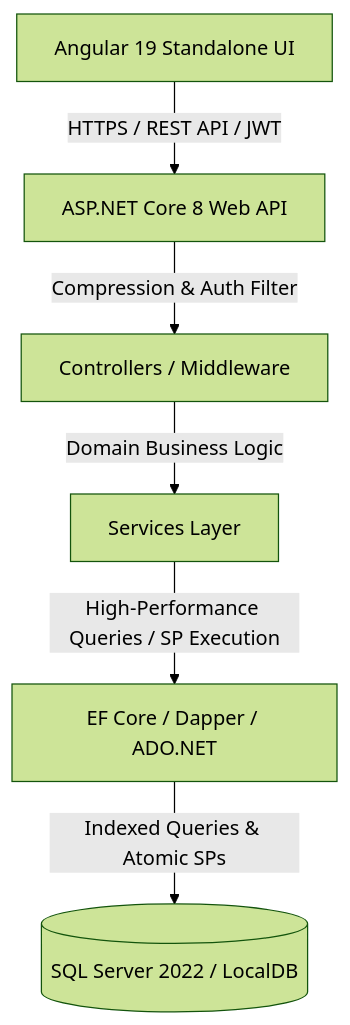
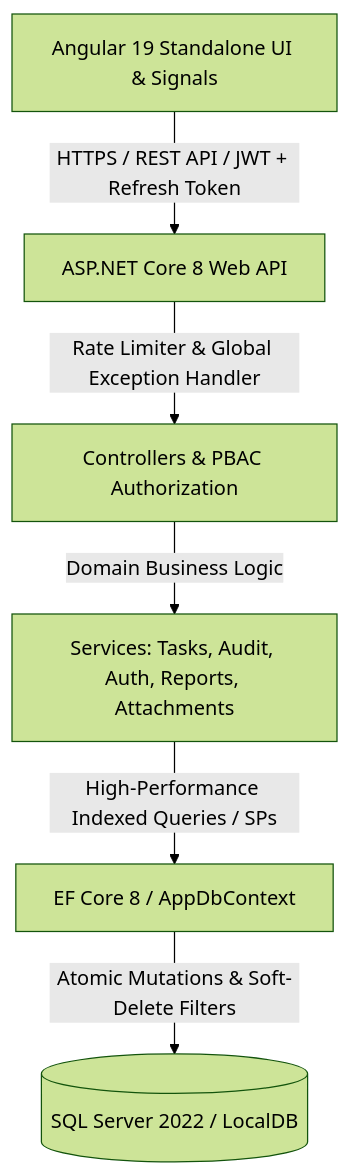
The diagram in README.md (pra2011shant/TaskmgmtSystem), drawn with Mermaid (forest theme) before and after one commit. The commit also changed other lines of this file and 74 other files, not shown here.

````diff
--- a/README.md
+++ b/README.md
@@ -15,8 +15,8 @@
 ```mermaid
 graph TD
-    Client[Angular 19 Standalone UI] -->|HTTPS / REST API / JWT| Gateway[ASP.NET Core 8 Web API]
-    Gateway -->|Compression & Auth Filter| ControllerLayer[Controllers / Middleware]
-    ControllerLayer -->|Domain Business Logic| ServiceLayer[Services Layer]
-    ServiceLayer -->|High-Performance Queries / SP Execution| DbContext[EF Core / Dapper / ADO.NET]
-    DbContext -->|Indexed Queries & Atomic SPs| Database[(SQL Server 2022 / LocalDB)]
+    Client[Angular 19 Standalone UI & Signals] -->|HTTPS / REST API / JWT + Refresh Token| Gateway[ASP.NET Core 8 Web API]
+    Gateway -->|Rate Limiter & Global Exception Handler| ControllerLayer[Controllers & PBAC Authorization]
+    ControllerLayer -->|Domain Business Logic| ServiceLayer[Services: Tasks, Audit, Auth, Reports, Attachments]
+    ServiceLayer -->|High-Performance Indexed Queries / SPs| DbContext[EF Core 8 / AppDbContext]
+    DbContext -->|Atomic Mutations & Soft-Delete Filters| Database[(SQL Server 2022 / LocalDB)]
 ```
````
